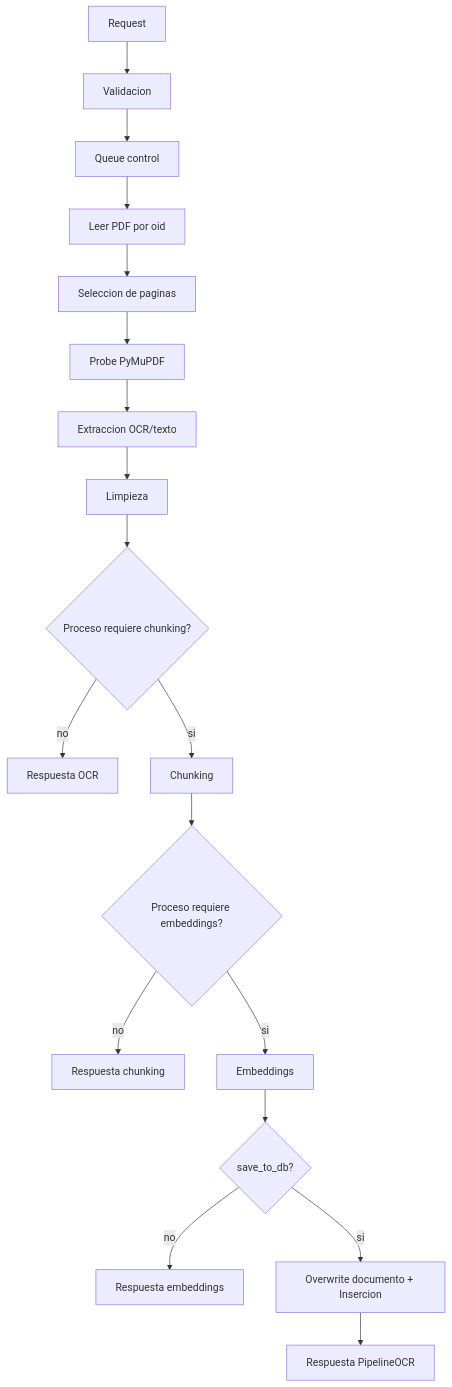
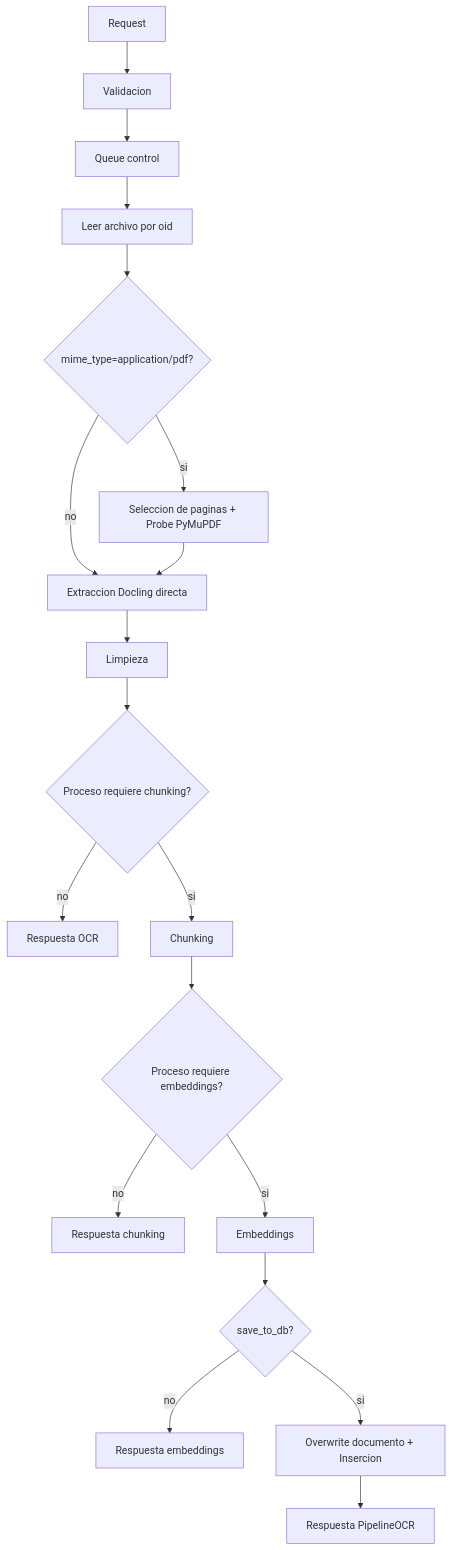
The diagram in README.md (Ekradyon/brain-vt-ocr-chunking), drawn with Mermaid before and after one commit. The commit also changed other lines of this file and 2 other files, not shown here.

````diff
--- a/README.md
+++ b/README.md
@@ -28,20 +31,21 @@
 ```mermaid
 flowchart TD
     A[Request] --> B[Validacion]
     B --> C[Queue control]
-    C --> D[Leer PDF por oid]
-    D --> E[Seleccion de paginas]
-    E --> F[Probe PyMuPDF]
-    F --> G[Extraccion OCR/texto]
+    C --> D[Leer archivo por oid]
+    D --> E{mime_type=application/pdf?}
+    E -- si --> F[Seleccion de paginas + Probe PyMuPDF]
+    E -- no --> G[Extraccion Docling directa]
+    F --> G
     G --> H[Limpieza]
     H --> I{Proceso requiere chunking?}
     I -- no --> Z1[Respuesta OCR]
     I -- si --> J[Chunking]
     J --> K{Proceso requiere embeddings?}
     K -- no --> Z2[Respuesta chunking]
     K -- si --> L[Embeddings]
     L --> M{save_to_db?}
     M -- no --> Z3[Respuesta embeddings]
     M -- si --> N[Overwrite documento + Insercion]
     N --> Z4[Respuesta PipelineOCR]
 ```
````
